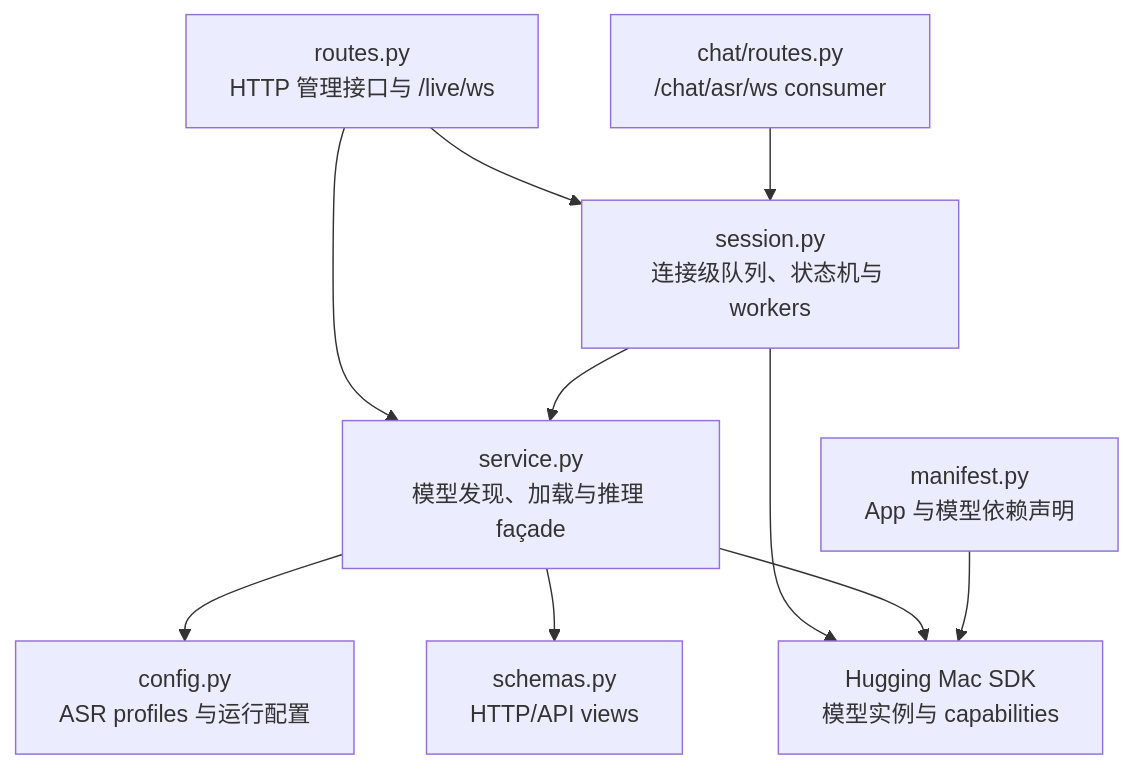
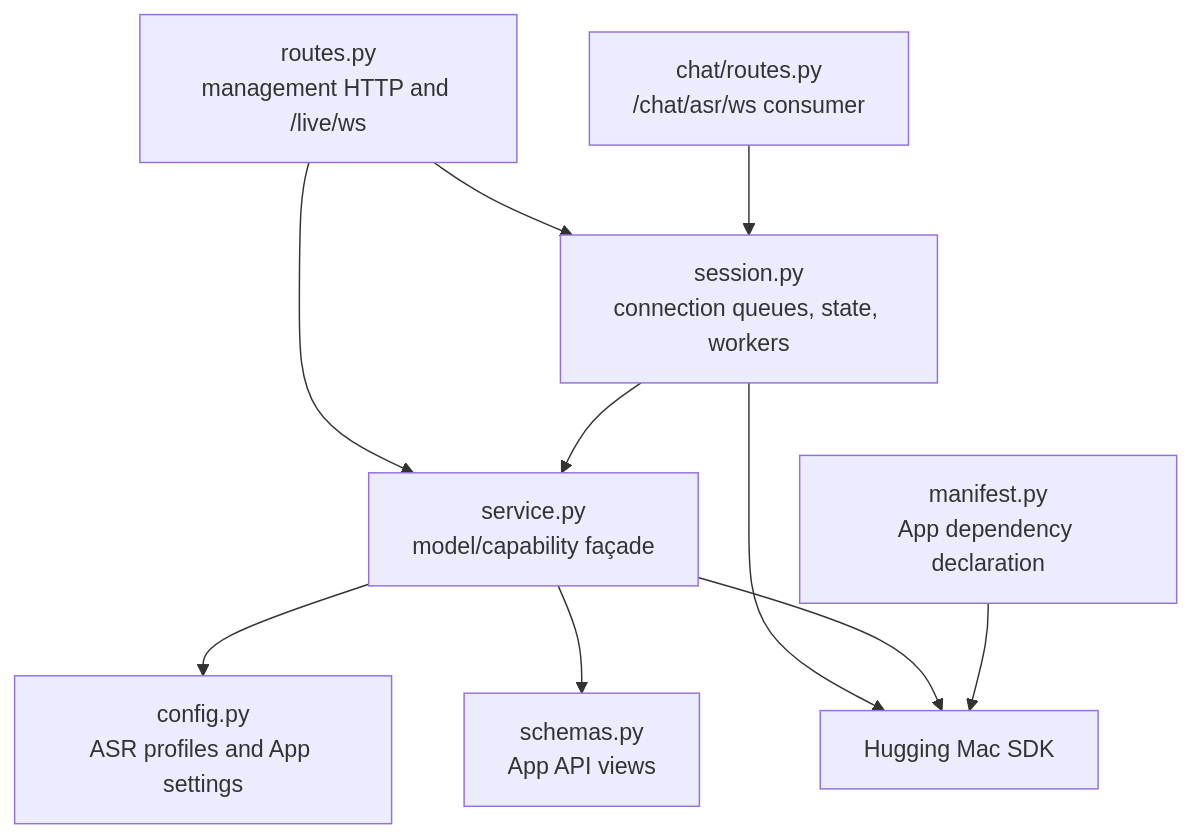
The second of 6 diagrams in apps/web/backend/src/hugging_mac_web/live_transcription/README.md (devilyouwei/hugging-mac), drawn with Mermaid before and after one commit. The commit also changed other lines of this file and 93 other files, not shown here.

````diff
--- a/apps/web/backend/src/hugging_mac_web/live_transcription/README.md
+++ b/apps/web/backend/src/hugging_mac_web/live_transcription/README.md
@@ -50,21 +63,21 @@
 ```mermaid
 flowchart TB
-    ROUTES[routes.py<br/>HTTP 管理接口与 /live/ws]
+    ROUTES[routes.py<br/>management HTTP and /live/ws]
     CHAT[chat/routes.py<br/>/chat/asr/ws consumer]
-    SESSION[session.py<br/>连接级队列、状态机与 workers]
-    SERVICE[service.py<br/>模型发现、加载与推理 façade]
-    CONFIG[config.py<br/>ASR profiles 与运行配置]
-    SCHEMAS[schemas.py<br/>HTTP/API views]
-    MANIFEST[manifest.py<br/>App 与模型依赖声明]
-    SDK[Hugging Mac SDK<br/>模型实例与 capabilities]
+    SESSION[session.py<br/>connection queues, state, workers]
+    SERVICE[service.py<br/>model/capability façade]
+    CONFIG[config.py<br/>ASR profiles and App settings]
+    SCHEMAS[schemas.py<br/>App API views]
+    MANIFEST[manifest.py<br/>App dependency declaration]
+    SDK[Hugging Mac SDK]
 
     ROUTES --> SESSION
     CHAT --> SESSION
     ROUTES --> SERVICE
     SESSION --> SERVICE
     SESSION --> SDK
     SERVICE --> CONFIG
     SERVICE --> SCHEMAS
     SERVICE --> SDK
     MANIFEST --> SDK
 ```
````
